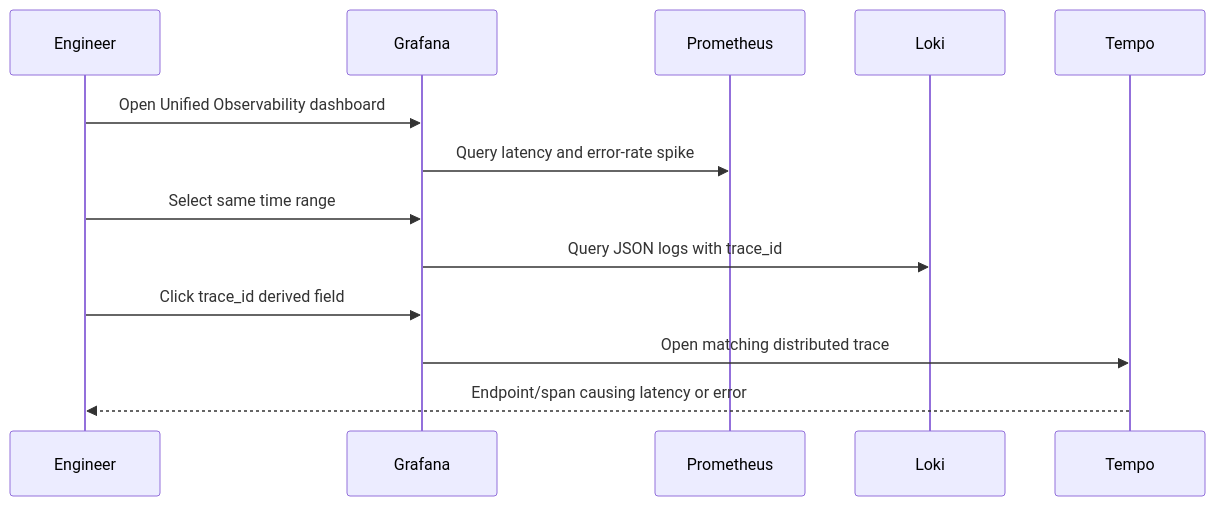
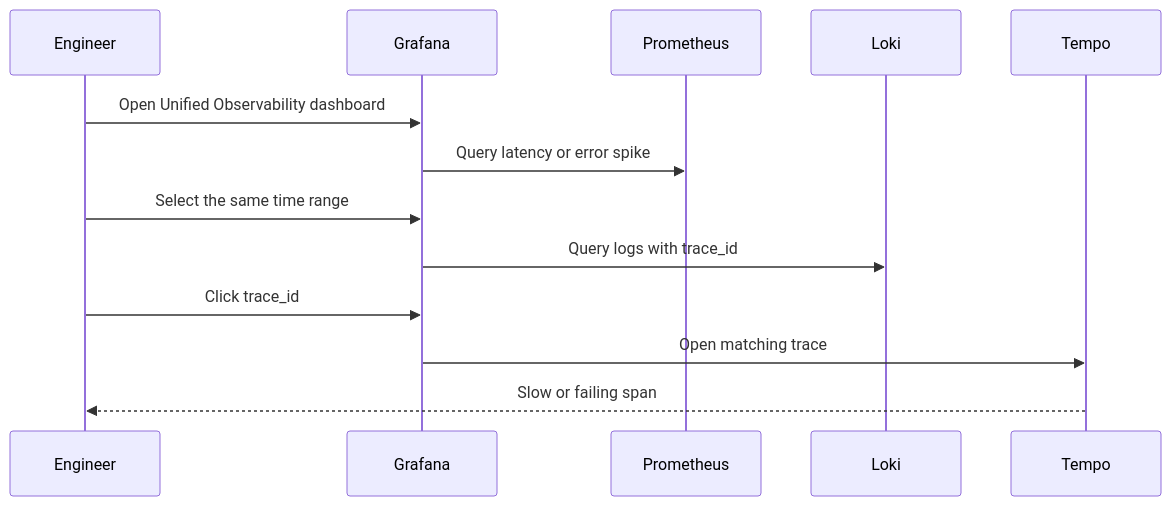
One commit to Okpainmo/personal-trainer-observability-and-reliability-deployment changed the fourth of 4 diagrams in docs/architecture.md. Above: the diagram before and after it, drawn with Mermaid. The commit also changed other lines of this file and 33 other files, not shown here.

````diff
--- a/docs/architecture.md
+++ b/docs/architecture.md
@@ -40,16 +50,16 @@
 ```mermaid
 sequenceDiagram
   participant Engineer
   participant Grafana
   participant Prometheus
   participant Loki
   participant Tempo
 
   Engineer->>Grafana: Open Unified Observability dashboard
-  Grafana->>Prometheus: Query latency and error-rate spike
-  Engineer->>Grafana: Select same time range
-  Grafana->>Loki: Query JSON logs with trace_id
-  Engineer->>Grafana: Click trace_id derived field
-  Grafana->>Tempo: Open matching distributed trace
-  Tempo-->>Engineer: Endpoint/span causing latency or error
+  Grafana->>Prometheus: Query latency or error spike
+  Engineer->>Grafana: Select the same time range
+  Grafana->>Loki: Query logs with trace_id
+  Engineer->>Grafana: Click trace_id
+  Grafana->>Tempo: Open matching trace
+  Tempo-->>Engineer: Slow or failing span
 ```
````
